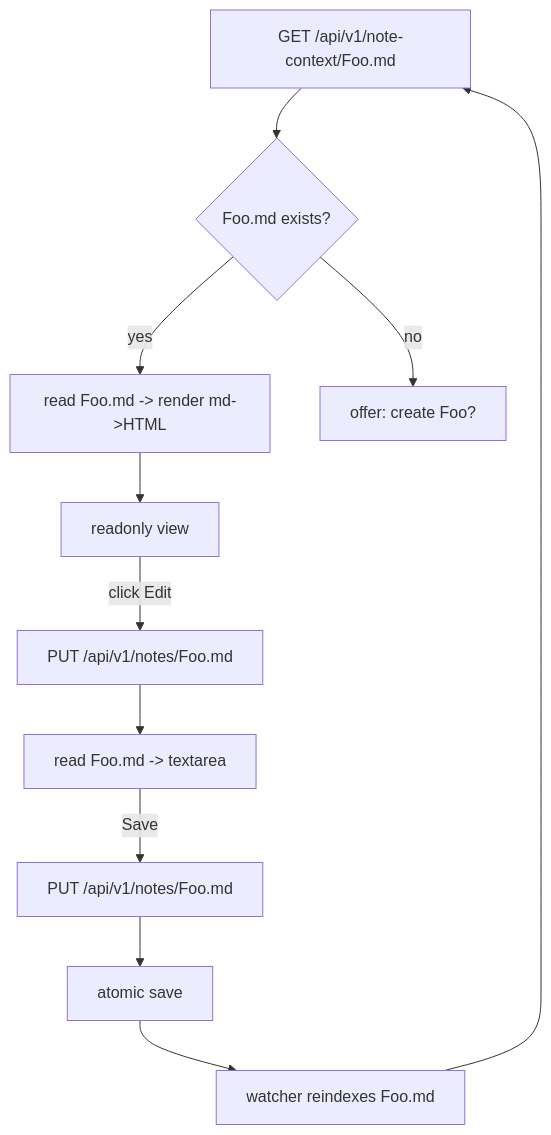
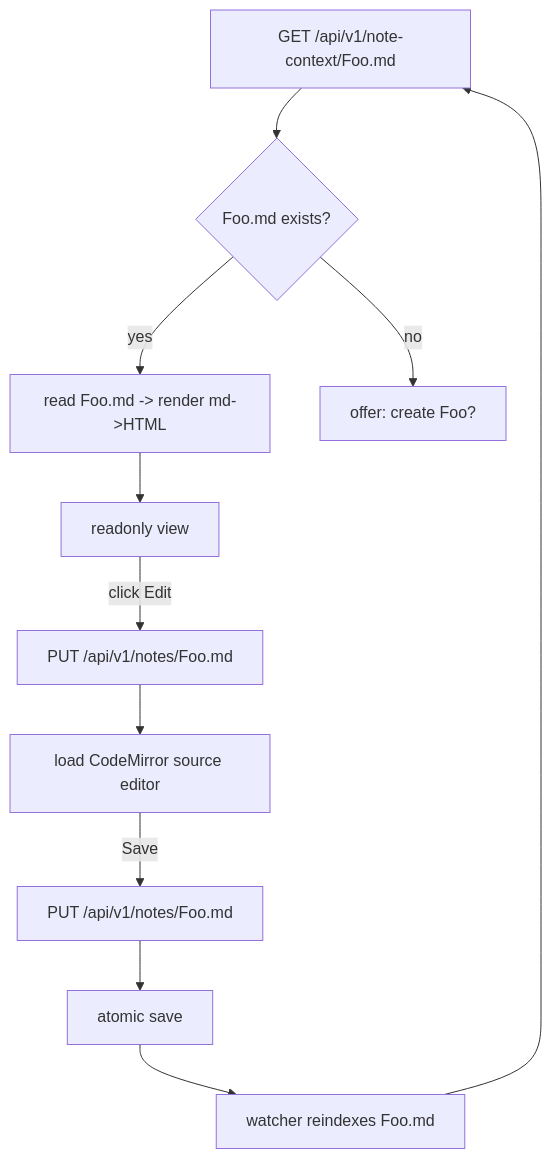
The second of 8 diagrams in miku_docs/dataflow.md (azusachino/miku), drawn with Mermaid before and after one commit. The commit also changed other lines of this file and 25 other files, not shown here.

````diff
--- a/miku_docs/dataflow.md
+++ b/miku_docs/dataflow.md
@@ -45,13 +45,13 @@
 ```mermaid
 flowchart TD
   V["GET /api/v1/note-context/Foo.md"] --> X{"Foo.md exists?"}
   X -- yes --> R["read Foo.md -> render md->HTML"] --> RO["readonly view"]
   X -- no --> NEW["offer: create Foo?"]
 
   RO -->|"click Edit"| E["PUT /api/v1/notes/Foo.md"]
-  E --> T["read Foo.md -> textarea"]
+  E --> T["load CodeMirror source editor"]
   T -->|"Save"| P["PUT /api/v1/notes/Foo.md"]
   P --> S["atomic save"]
   S --> RD["watcher reindexes Foo.md"]
   RD --> V
 ```
````
